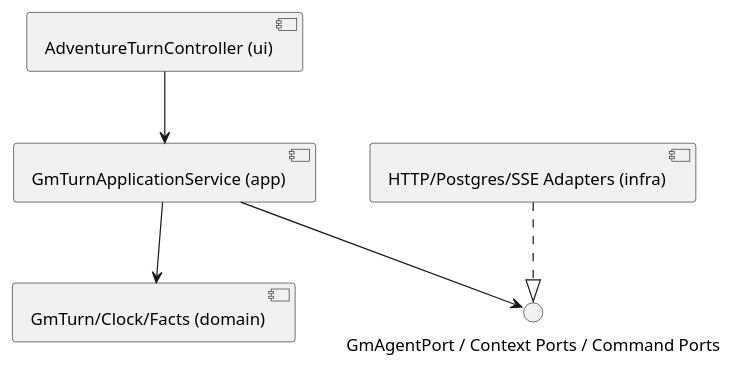
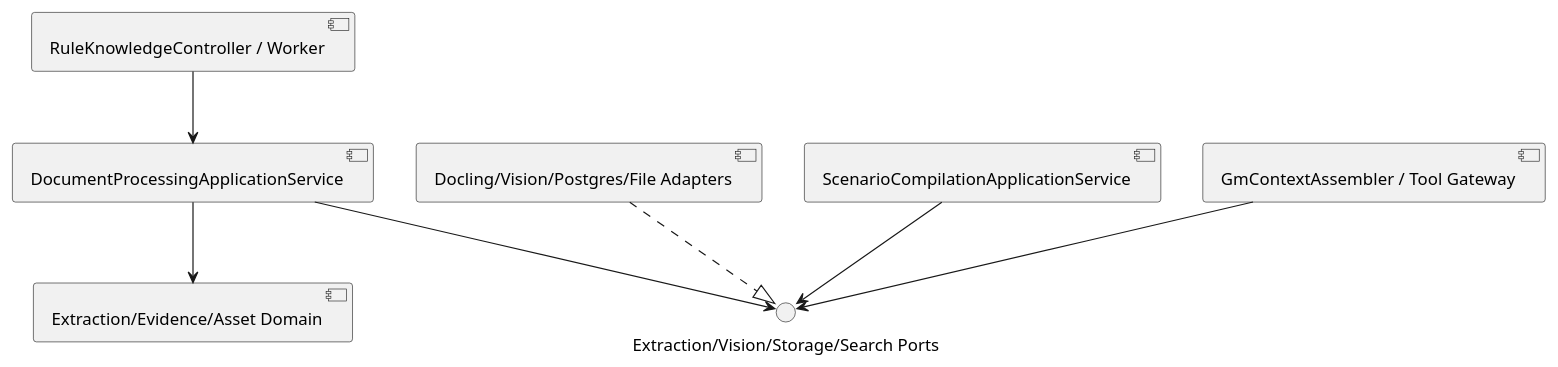
The third of 3 diagrams in docs/specs/architecture-spec.md (omegafrog/dnd-master), drawn with PlantUML before and after one commit. The commit also changed other lines of this file and 13 other files, not shown here.

Commit message:
docs: plan GM knowledge and asset system

````diff
--- a/docs/specs/architecture-spec.md
+++ b/docs/specs/architecture-spec.md
@@ -251,13 +299,17 @@
 ```plantuml
 @startuml
-component "AdventureTurnController (ui)" as C
-component "GmTurnApplicationService (app)" as A
-component "GmTurn/Clock/Facts (domain)" as D
-interface "GmAgentPort / Context Ports / Command Ports" as P
-component "HTTP/Postgres/SSE Adapters (infra)" as I
-C --> A
-A --> D
-A --> P
-I ..|> P
+component "RuleKnowledgeController / Worker" as UI
+component "DocumentProcessingApplicationService" as APP
+component "Extraction/Evidence/Asset Domain" as DOM
+interface "Extraction/Vision/Storage/Search Ports" as PORT
+component "Docling/Vision/Postgres/File Adapters" as INFRA
+component "ScenarioCompilationApplicationService" as SCENARIO
+component "GmContextAssembler / Tool Gateway" as RUNTIME
+UI --> APP
+APP --> DOM
+APP --> PORT
+INFRA ..|> PORT
+SCENARIO --> PORT
+RUNTIME --> PORT
 @enduml
 ```
````
